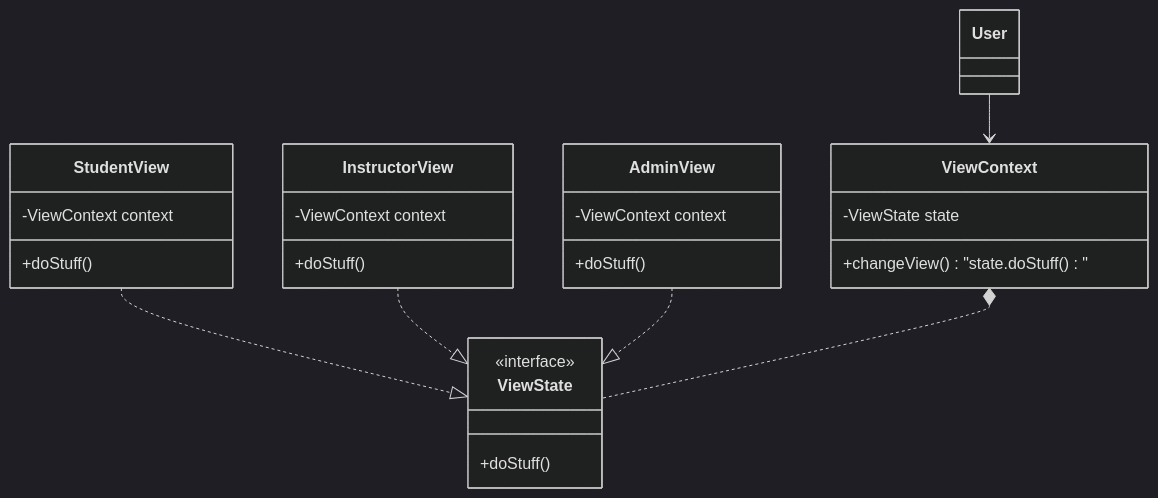
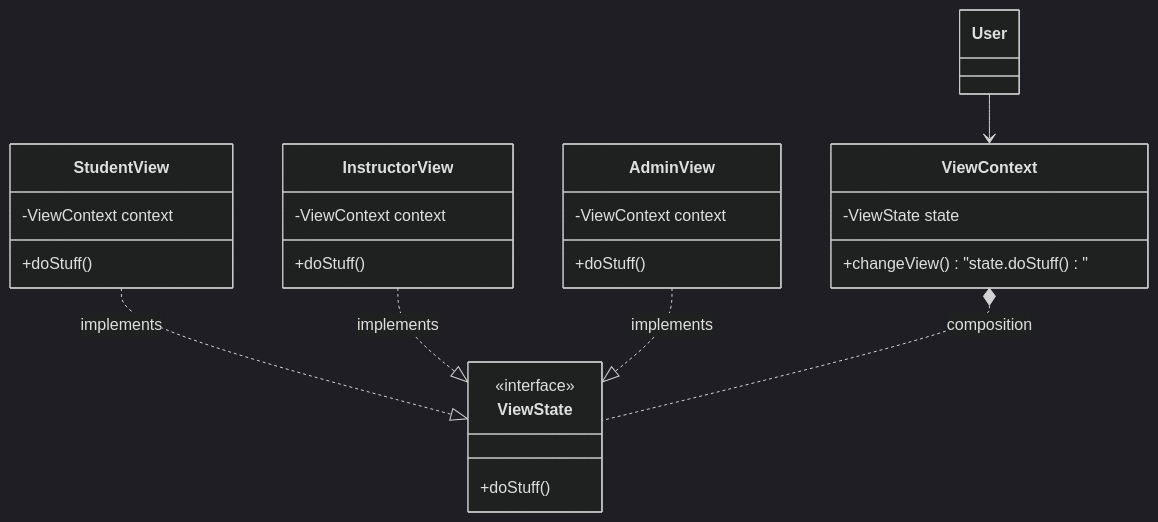
Before and after one commit to sivertlog/WebadvisorDesign: the diagram in mermaid/ViewStates.mmd, drawn with Mermaid (dark theme).

Commit message:
minor update to ViewStates diagram - added arrow labels for better clarity

```diff
--- a/mermaid/ViewStates.mmd
+++ b/mermaid/ViewStates.mmd
@@ -1,36 +1,36 @@
 classDiagram
 
-    StudentView ..|> ViewState
-    InstructorView ..|> ViewState
-    AdminView ..|> ViewState
+    StudentView ..|> ViewState : implements
+    InstructorView ..|> ViewState : implements
+    AdminView ..|> ViewState : implements
     User --> ViewContext
-    ViewContext *.. ViewState
+    ViewContext *.. ViewState : composition
 
 
     class User
 
     class ViewContext {
         -ViewState state
 
         +changeView() : "state.doStuff()"
     }
 
     class ViewState {
         <<interface>>
         +doStuff()
     }
     class StudentView {
         -ViewContext context
 
         +doStuff()
     }
     class InstructorView {
         -ViewContext context
 
         +doStuff()
     }
     class AdminView {
         -ViewContext context
 
         +doStuff()
     }
```
